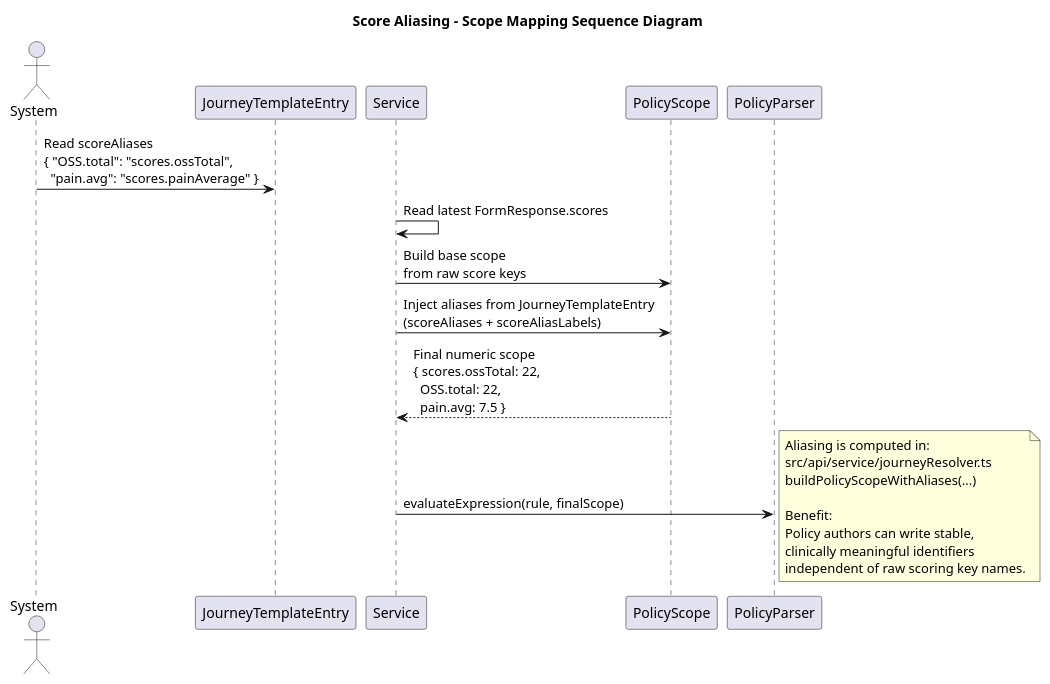
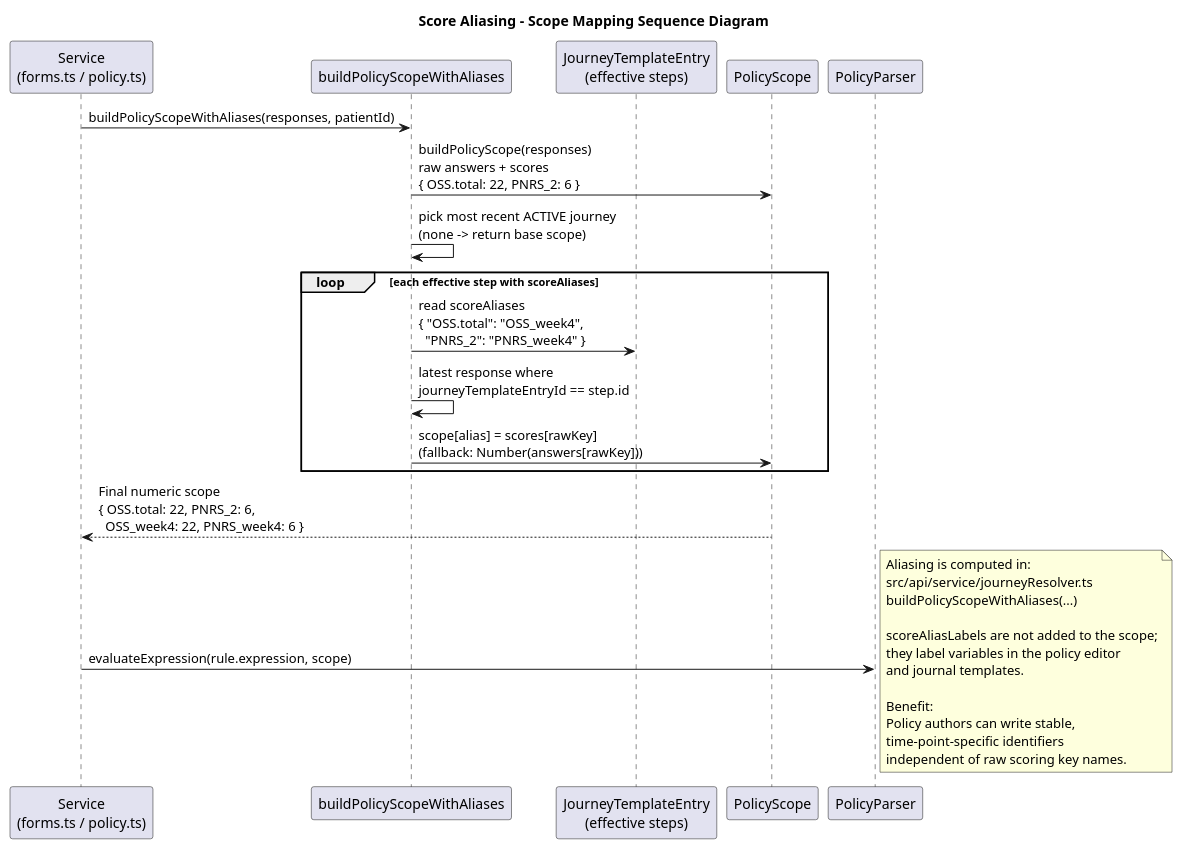
Before and after one commit to gforge/DUK: the diagram in docs/diagrams/policy-score-aliasing-flow.puml, drawn with PlantUML. The commit also changed 49 other files, not shown here.

First line of the commit message:
Update docs and diagrams to match current implementation

```diff
--- a/docs/diagrams/policy-score-aliasing-flow.puml
+++ b/docs/diagrams/policy-score-aliasing-flow.puml
@@ -1,32 +1,42 @@
 @startuml
 ' Purpose: Score alias mapping into policy evaluation scope
 ' Source of truth:
 '   src/api/service/journeyResolver.ts
-'   src/api/service/policy.ts
+'   src/api/service/utils.ts
+'   src/api/service/forms.ts
 
 title Score Aliasing - Scope Mapping Sequence Diagram
 
-actor System
-participant "JourneyTemplateEntry" as Entry
-participant "Service" as Service
+participant "Service\n(forms.ts / policy.ts)" as Service
+participant "buildPolicyScopeWithAliases" as JR
+participant "JourneyTemplateEntry\n(effective steps)" as Entry
 participant "PolicyScope" as Scope
+participant "PolicyParser" as PP
 
-System -> Entry : Read scoreAliases\n{ "OSS.total": "scores.ossTotal",\n  "pain.avg": "scores.painAverage" }
-Service -> Service : Read latest FormResponse.scores
-Service -> Scope : Build base scope\nfrom raw score keys
-Service -> Scope : Inject aliases from JourneyTemplateEntry\n(scoreAliases + scoreAliasLabels)
-Scope --> Service : Final numeric scope\n{ scores.ossTotal: 22,\n  OSS.total: 22,\n  pain.avg: 7.5 }
-Service -> PolicyParser : evaluateExpression(rule, finalScope)
+Service -> JR : buildPolicyScopeWithAliases(responses, patientId)
+JR -> Scope : buildPolicyScope(responses)\nraw answers + scores\n{ OSS.total: 22, PNRS_2: 6 }
+JR -> JR : pick most recent ACTIVE journey\n(none -> return base scope)
+loop each effective step with scoreAliases
+  JR -> Entry : read scoreAliases\n{ "OSS.total": "OSS_week4",\n  "PNRS_2": "PNRS_week4" }
+  JR -> JR : latest response where\njourneyTemplateEntryId == step.id
+  JR -> Scope : scope[alias] = scores[rawKey]\n(fallback: Number(answers[rawKey]))
+end
+Scope --> Service : Final numeric scope\n{ OSS.total: 22, PNRS_2: 6,\n  OSS_week4: 22, PNRS_week4: 6 }
+Service -> PP : evaluateExpression(rule.expression, scope)
 
 note right
   Aliasing is computed in:
   src/api/service/journeyResolver.ts
   buildPolicyScopeWithAliases(...)
 
+  scoreAliasLabels are not added to the scope;
+  they label variables in the policy editor
+  and journal templates.
+
   Benefit:
   Policy authors can write stable,
-  clinically meaningful identifiers
+  time-point-specific identifiers
   independent of raw scoring key names.
 end note
 
 @enduml
```
